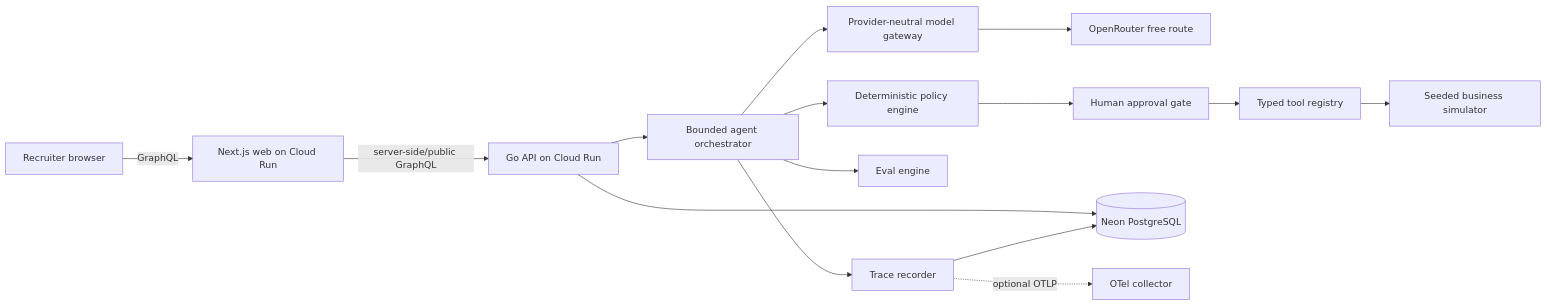
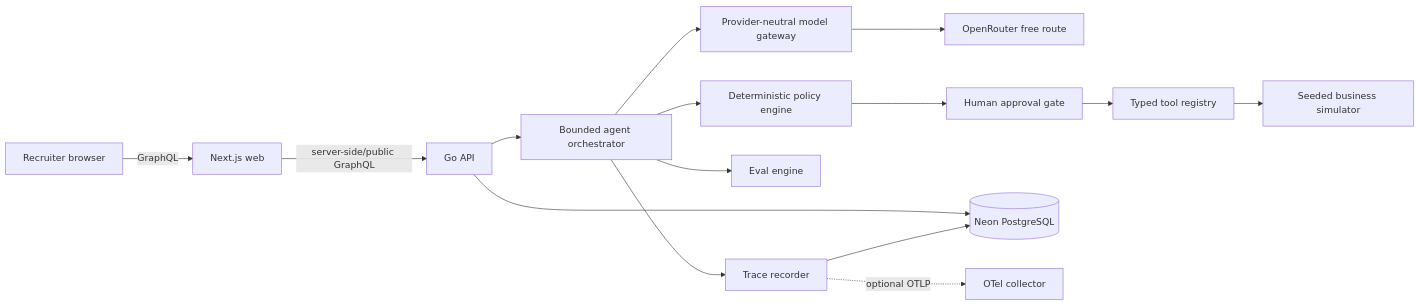
Before and after one commit to NikhilRaikwar/MuleLab: the diagram in docs/ARCHITECTURE.md, drawn with Mermaid. The commit also changed other lines of this file and 5 other files, not shown here.

````diff
--- a/docs/ARCHITECTURE.md
+++ b/docs/ARCHITECTURE.md
@@ -5,17 +5,17 @@
 ```mermaid
 flowchart LR
-  R[Recruiter browser] -->|GraphQL| W[Next.js web on Cloud Run]
-  W -->|server-side/public GraphQL| A[Go API on Cloud Run]
+  R[Recruiter browser] -->|GraphQL| W[Next.js web]
+  W -->|server-side/public GraphQL| A[Go API]
   A --> O[Bounded agent orchestrator]
   O --> M[Provider-neutral model gateway]
   M --> OR[OpenRouter free route]
   O --> P[Deterministic policy engine]
   P --> H[Human approval gate]
   H --> T[Typed tool registry]
   T --> S[Seeded business simulator]
   O --> E[Eval engine]
   A --> DB[(Neon PostgreSQL)]
   O --> TR[Trace recorder]
   TR --> DB
   TR -. optional OTLP .-> OT[OTel collector]
 ```
````
